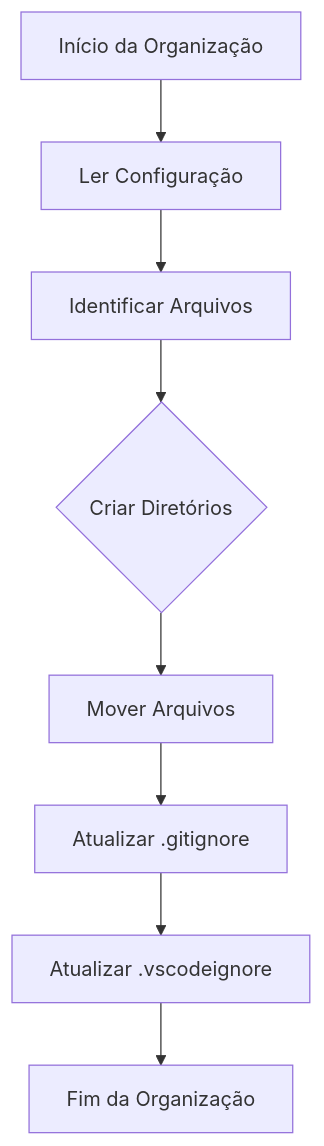
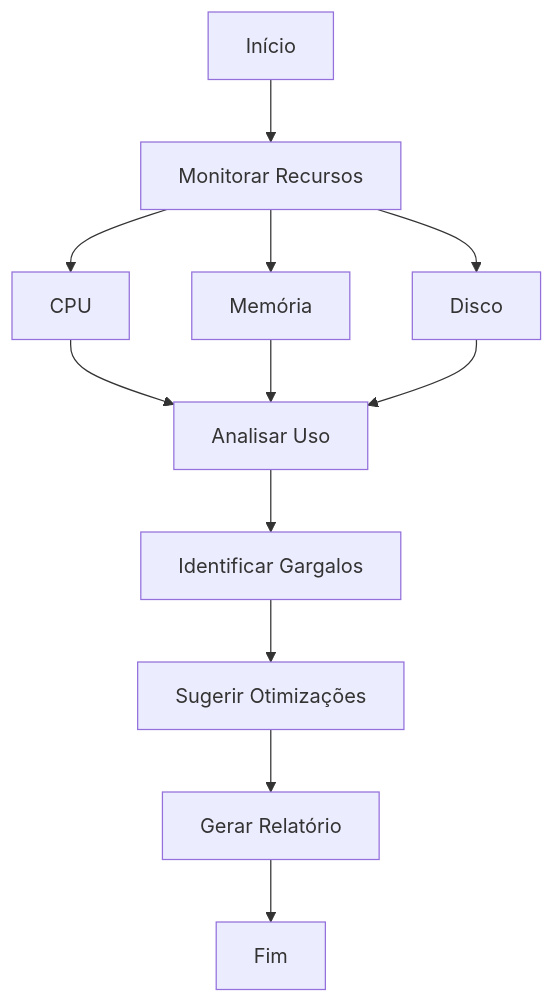
One commit to JoaoSantosCodes/start-devai changed the fourth of 7 diagrams in docs/FLUXOGRAMA.md. Above: the diagram before and after it, drawn with Mermaid. The commit also changed other lines of this file and 2 other files, not shown here.

````diff
--- a/docs/FLUXOGRAMA.md
+++ b/docs/FLUXOGRAMA.md
@@ -40,10 +82,16 @@
 ```mermaid
 graph TD
-    A[Início da Organização] --> B[Ler Configuração]
-    B --> C[Identificar Arquivos]
-    C --> D{Criar Diretórios}
-    D --> E[Mover Arquivos]
-    E --> F[Atualizar .gitignore]
-    F --> G[Atualizar .vscodeignore]
-    G --> H[Fim da Organização]
+    A[Início] --> B[Monitorar Recursos]
+    B --> C[CPU]
+    B --> D[Memória]
+    B --> E[Disco]
+
+    C --> F[Analisar Uso]
+    D --> F
+    E --> F
+
+    F --> G[Identificar Gargalos]
+    G --> H[Sugerir Otimizações]
+    H --> I[Gerar Relatório]
+    I --> J[Fim]
 ```
````
